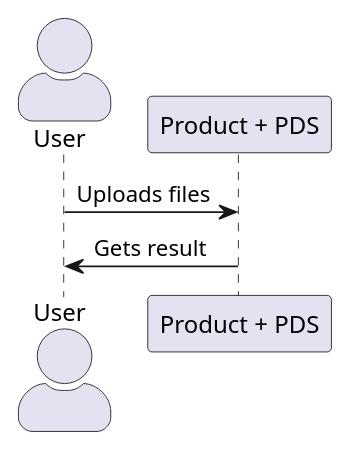
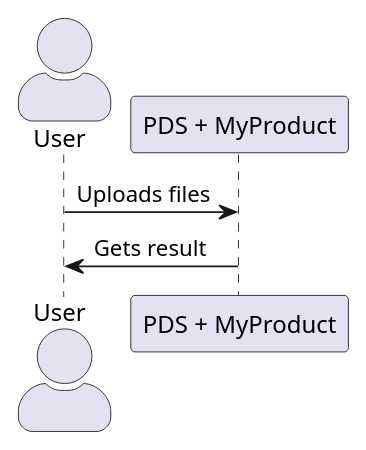
Before and after one commit to mercedes-benz/sechub: the diagram in sechub-doc/src/docs/asciidoc/diagrams/diagram_tutorials_test_pds_solution_single.puml, drawn with PlantUML. The commit also changed 2 other files, not shown here.

```diff
--- a/sechub-doc/src/docs/asciidoc/diagrams/diagram_tutorials_test_pds_solution_single.puml
+++ b/sechub-doc/src/docs/asciidoc/diagrams/diagram_tutorials_test_pds_solution_single.puml
@@ -1,11 +1,10 @@
 @startuml
 ' SPDX-License-Identifier: MIT
 
 skinparam actorStyle awesome
 actor User
-participant "Product + PDS" as pds
-
+participant "PDS + MyProduct" as pds
 User -> pds : Uploads files
 pds -> User : Gets result
 
 @enduml
```
